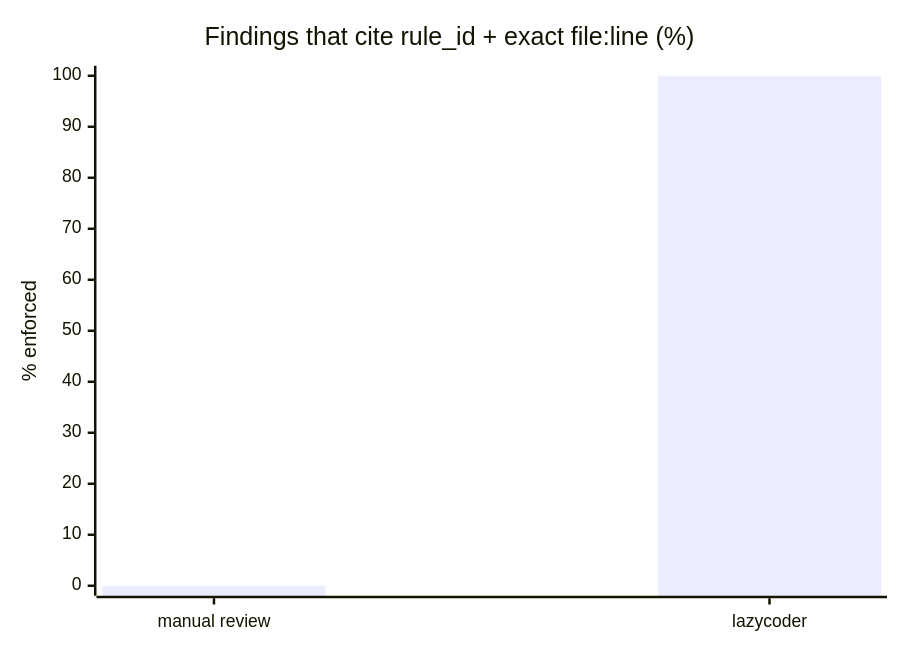
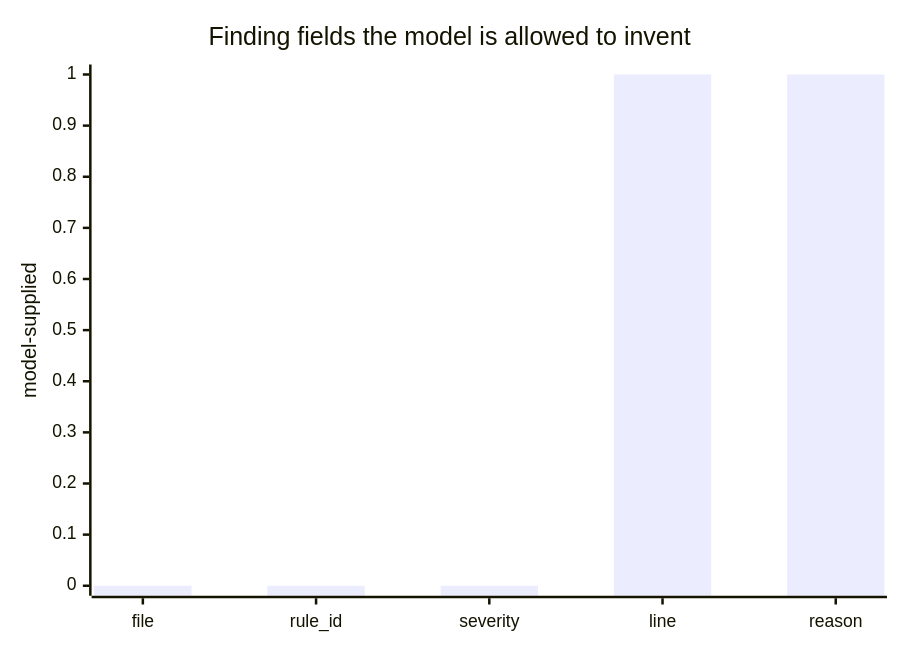
The second of 2 diagrams in README.md (aisona-lab/lazycoder), drawn with Mermaid before and after one commit. The commit also changed other lines of this file and 53 other files, not shown here.

````diff
--- a/README.md
+++ b/README.md
@@ -95,7 +103,7 @@
 ```mermaid
 xychart-beta
-    title "Findings that cite rule_id + exact file:line (%)"
-    x-axis ["manual review", "lazycoder"]
-    y-axis "% enforced" 0 --> 100
-    bar [0, 100]
+    title "Finding fields the model is allowed to invent"
+    x-axis ["file", "rule_id", "severity", "line", "reason"]
+    y-axis "model-supplied" 0 --> 1
+    bar [0, 0, 0, 1, 1]
 ```
````
